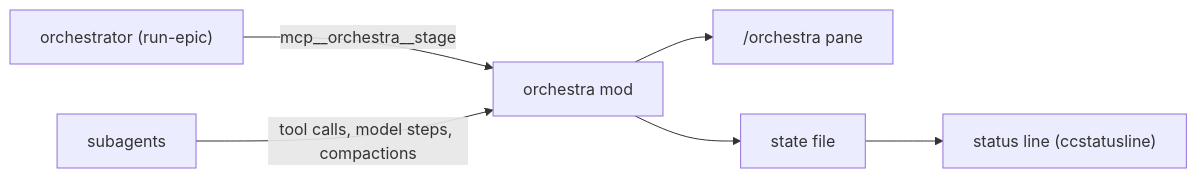
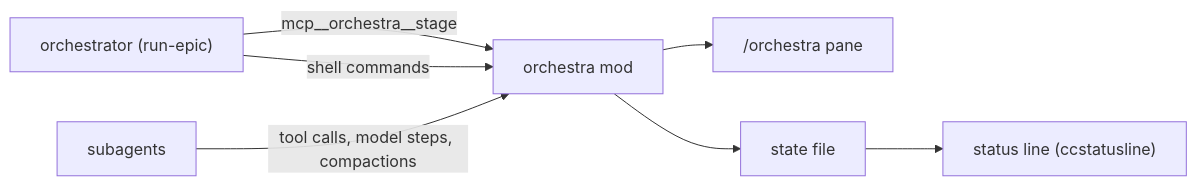
The diagram in docs/reference/orchestra.md (Xavier-Cliquennois/claude-ticket-flow), drawn with Mermaid before and after one commit. The commit also changed other lines of this file and 15 other files, not shown here.

````diff
--- a/docs/reference/orchestra.md
+++ b/docs/reference/orchestra.md
@@ -36,8 +53,9 @@
 ```mermaid
 flowchart LR
   O["orchestrator (run-epic)"] -->|"mcp__orchestra__stage"| M["orchestra mod"]
+  O -->|"shell commands"| M
   S["subagents"] -->|"tool calls, model steps, compactions"| M
   M --> P["/orchestra pane"]
   M --> F["state file"]
   F --> L["status line (ccstatusline)"]
 ```
````
